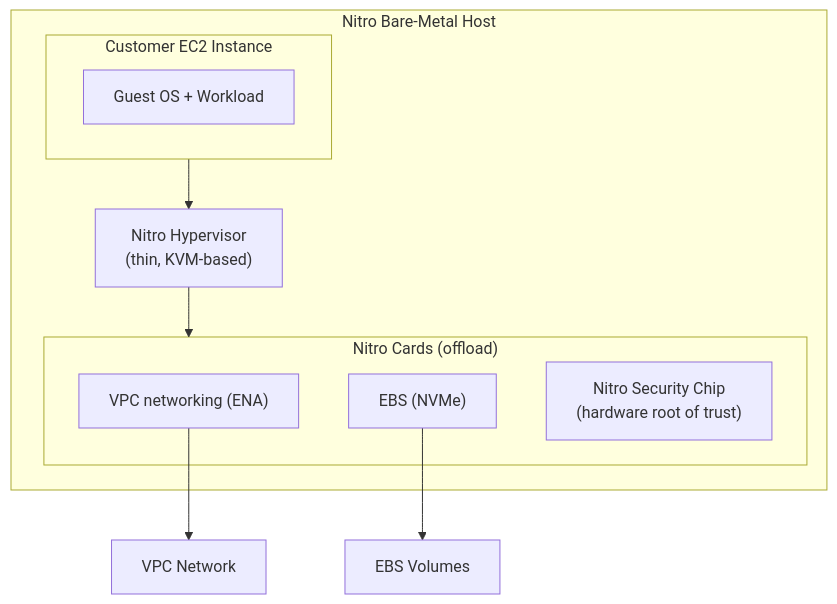
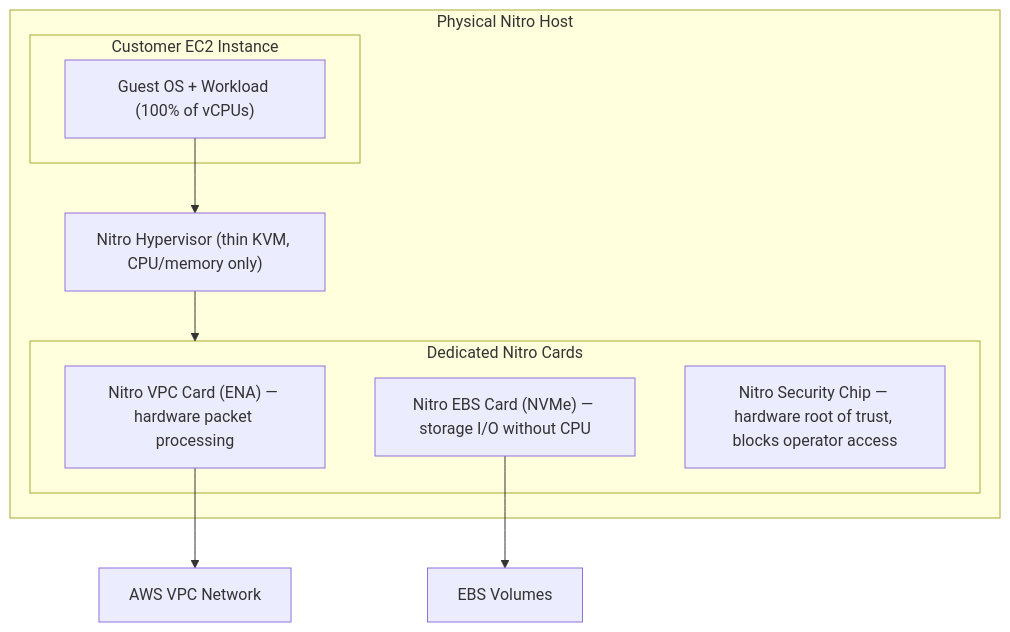
The first of 2 diagrams in aws/04-COMPUTE-STORAGE.md (rakesh-budde/interview-prep), drawn with Mermaid before and after one commit. The commit also changed other lines of this file and 8 other files, not shown here.

````diff
--- a/aws/04-COMPUTE-STORAGE.md
+++ b/aws/04-COMPUTE-STORAGE.md
@@ -23,18 +99,18 @@
 ```mermaid
 graph TB
-    subgraph NitroHost["Nitro Bare-Metal Host"]
+    subgraph NitroHost["Physical Nitro Host"]
         subgraph Guest["Customer EC2 Instance"]
-            OS["Guest OS + Workload"]
+            OS["Guest OS + Workload (100% of vCPUs)"]
         end
-        NH["Nitro Hypervisor<br/>(thin, KVM-based)"]
-        subgraph NitroCards["Nitro Cards (offload)"]
-            VPCCard["VPC networking (ENA)"]
-            EBSCard["EBS (NVMe)"]
-            SecChip["Nitro Security Chip<br/>(hardware root of trust)"]
+        NH["Nitro Hypervisor (thin KVM, CPU/memory only)"]
+        subgraph Cards["Dedicated Nitro Cards"]
+            VPC["Nitro VPC Card (ENA) — hardware packet processing"]
+            EBS["Nitro EBS Card (NVMe) — storage I/O without CPU"]
+            Sec["Nitro Security Chip — hardware root of trust, blocks operator access"]
         end
     end
-    Guest --> NH
-    NH --> NitroCards
-    VPCCard --> VPC["VPC Network"]
-    EBSCard --> EBS["EBS Volumes"]
+    OS --> NH
+    NH --> Cards
+    VPC --> Network["AWS VPC Network"]
+    EBS --> Storage["EBS Volumes"]
 ```
````
